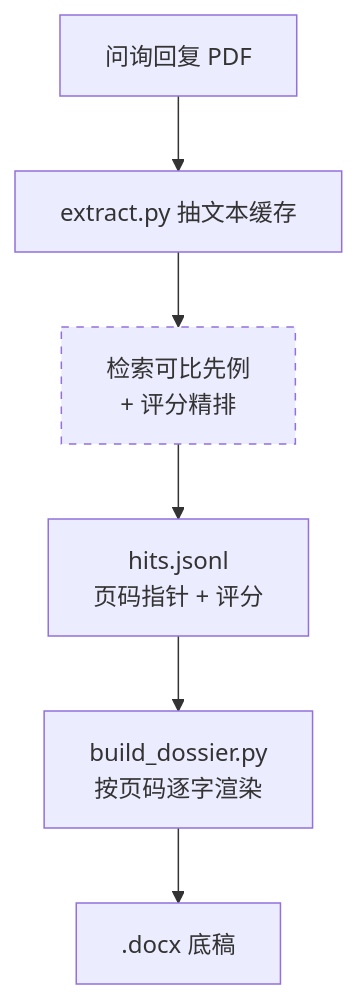
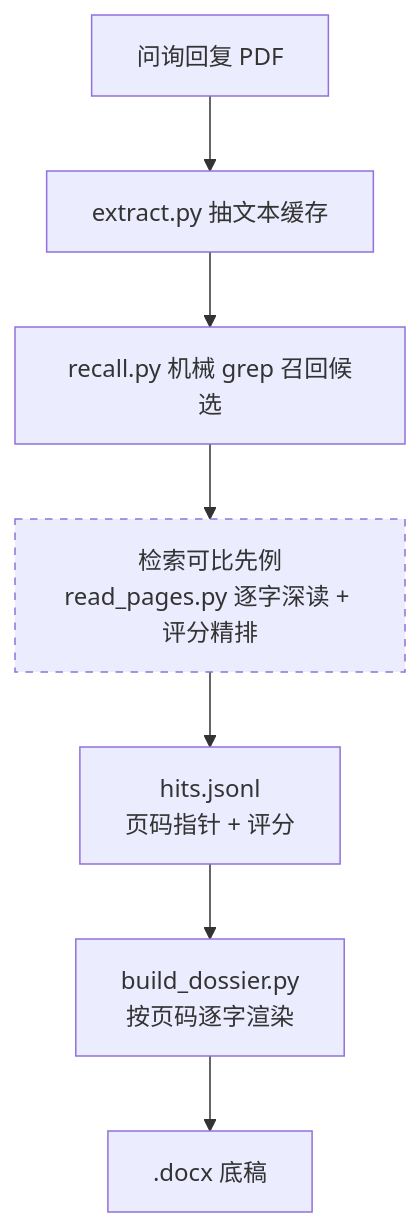
The diagram in README.md (hhaa134323/ipo-inquiry-dossier), drawn with Mermaid before and after one commit. The commit also changed other lines of this file, not shown here.

````diff
--- a/README.md
+++ b/README.md
@@ -183,10 +187,11 @@
 ```mermaid
 flowchart TD
     A["问询回复 PDF"] --> B["extract.py 抽文本缓存"]
-    B --> C["检索可比先例<br>+ 评分精排"]
+    B --> R["recall.py 机械 grep 召回候选"]
+    R --> C["检索可比先例<br>read_pages.py 逐字深读 + 评分精排"]
     C --> D["hits.jsonl<br>页码指针 + 评分"]
     D --> E["build_dossier.py<br>按页码逐字渲染"]
     E --> F[".docx 底稿"]
     classDef ai stroke-dasharray:5 5;
     class C ai;
 ```
````
